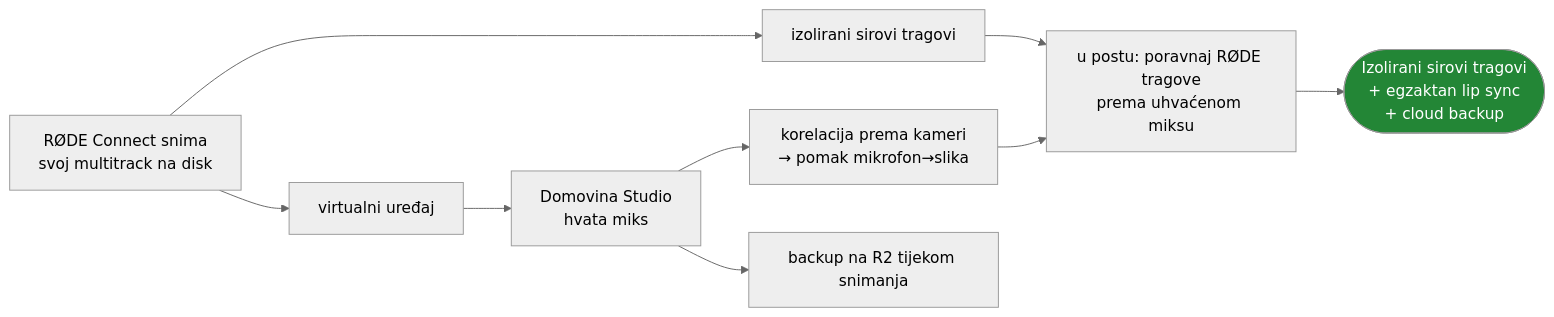
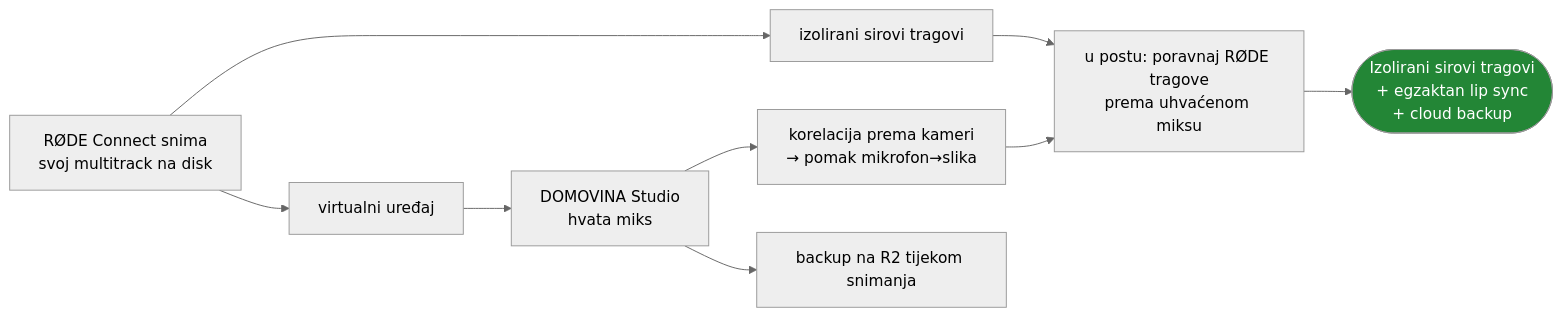
The eighth of 10 diagrams in docs/LIP_SYNC_THEORY.md (domovinatv/producer.domovina.tv), drawn with Mermaid (neutral theme) before and after one commit. The commit also changed other lines of this file and 11 other files, not shown here.

First line of the commit message:
Rename the app to DOMOVINA Studio

````diff
--- a/docs/LIP_SYNC_THEORY.md
+++ b/docs/LIP_SYNC_THEORY.md
@@ -409,13 +409,13 @@
 ```mermaid
 flowchart LR
     RC["RØDE Connect snima<br/>svoj multitrack na disk"] --> ISO["izolirani sirovi tragovi"]
     RC --> VIRT["virtualni uređaj"]
-    VIRT --> APP["Domovina Studio<br/>hvata miks"]
+    VIRT --> APP["DOMOVINA Studio<br/>hvata miks"]
     APP --> SYNC["korelacija prema kameri<br/>→ pomak mikrofon→slika"]
     APP --> R2["backup na R2 tijekom snimanja"]
     ISO --> POST["u postu: poravnaj RØDE tragove<br/>prema uhvaćenom miksu"]
     SYNC --> POST
     POST --> OUT(["Izolirani sirovi tragovi<br/>+ egzaktan lip sync<br/>+ cloud backup"])
 
     style OUT fill:#238636,color:#fff
 ```
````
